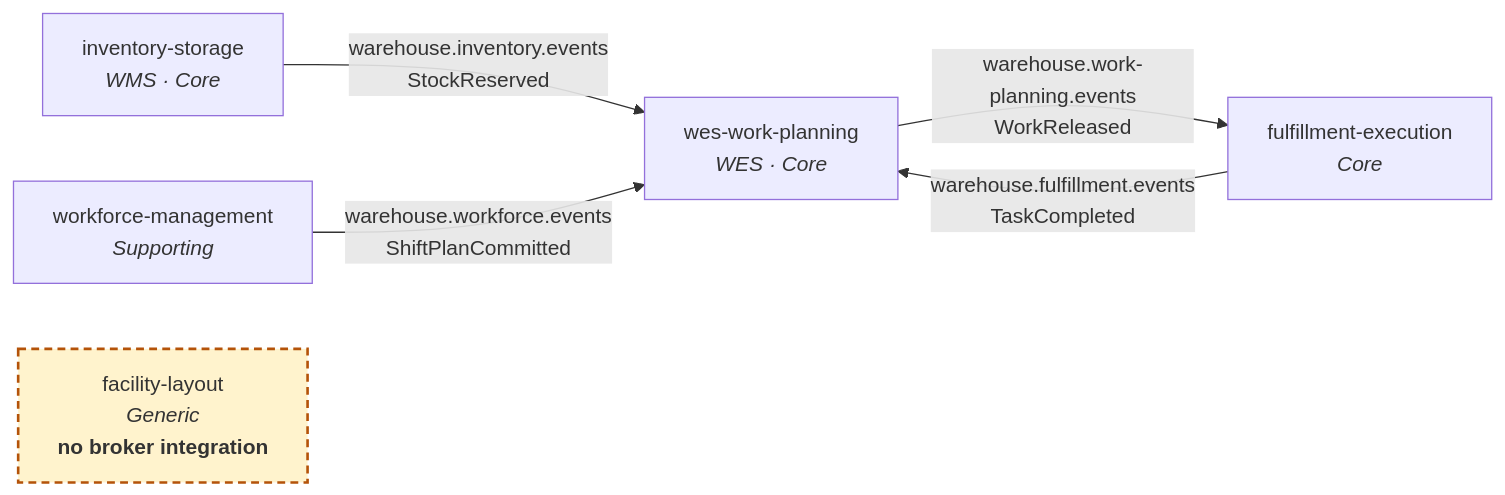
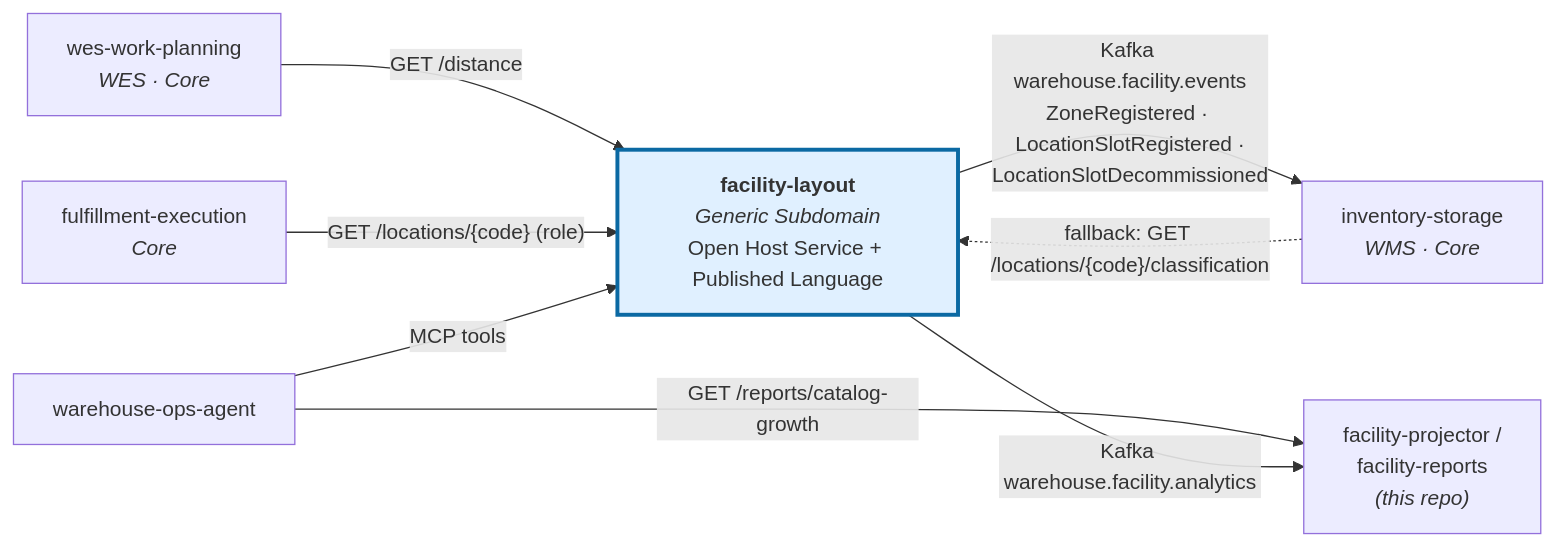
One commit to claudioed/facility-layout changed the diagram in docs/docs/ecosystem/context-map.md. Above: the diagram before and after it, drawn with Mermaid. The commit also changed other lines of this file and 24 other files, not shown here.

````diff
--- a/docs/docs/ecosystem/context-map.md
+++ b/docs/docs/ecosystem/context-map.md
@@ -69,15 +74,19 @@
 ```mermaid
 graph LR
+    FL["<b>facility-layout</b><br/><i>Generic Subdomain</i><br/>Open Host Service + Published Language"]
     IS["inventory-storage<br/><i>WMS · Core</i>"]
-    WM["workforce-management<br/><i>Supporting</i>"]
     WP["wes-work-planning<br/><i>WES · Core</i>"]
     FE["fulfillment-execution<br/><i>Core</i>"]
-    FL["facility-layout<br/><i>Generic</i><br/><b>no broker integration</b>"]
+    OA["warehouse-ops-agent"]
+    PJ["facility-projector /<br/>facility-reports<br/><i>(this repo)</i>"]
 
-    IS -->|"warehouse.inventory.events<br/>StockReserved"| WP
-    WM -->|"warehouse.workforce.events<br/>ShiftPlanCommitted"| WP
-    WP -->|"warehouse.work-planning.events<br/>WorkReleased"| FE
-    FE -->|"warehouse.fulfillment.events<br/>TaskCompleted"| WP
+    FL -->|"Kafka warehouse.facility.events<br/>ZoneRegistered · LocationSlotRegistered ·<br/>LocationSlotDecommissioned"| IS
+    IS -.->|"fallback: GET /locations/{code}/classification"| FL
+    WP -->|"GET /distance"| FL
+    FE -->|"GET /locations/{code} (role)"| FL
+    OA -->|"MCP tools"| FL
+    OA -->|"GET /reports/catalog-growth"| PJ
+    FL -->|"Kafka warehouse.facility.analytics"| PJ
 
-    style FL fill:#fff3cd,stroke:#b45309,stroke-width:2px,stroke-dasharray: 6 4
+    style FL fill:#e0f0ff,stroke:#0b69a3,stroke-width:3px
 ```
````
